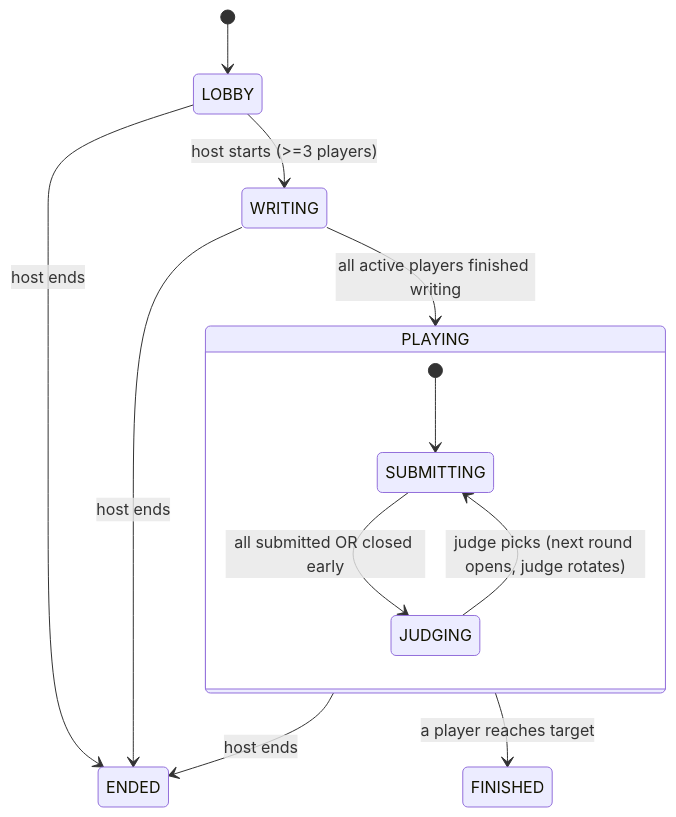
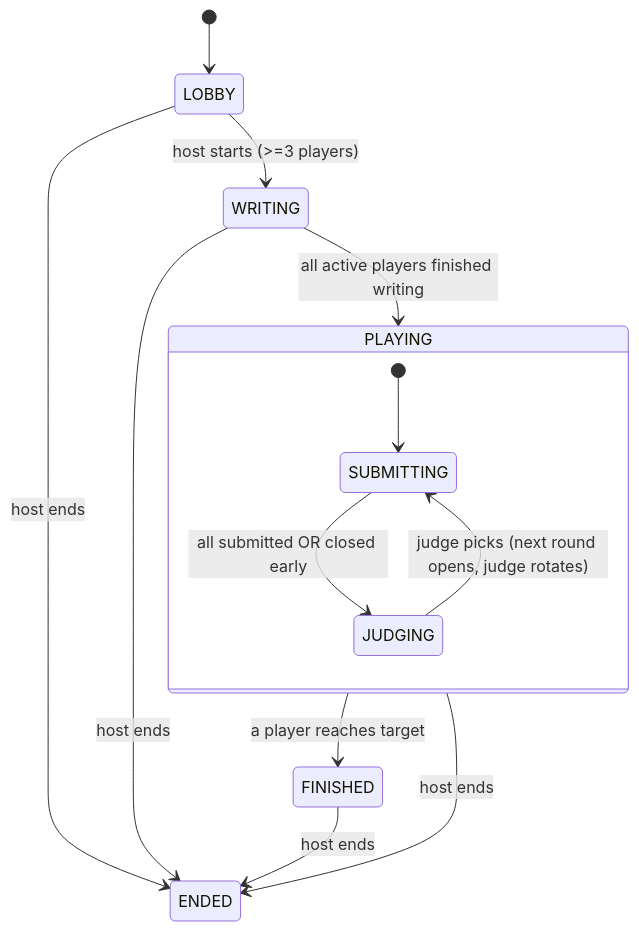
Before and after one commit to sleb/dc: the second of 2 diagrams in docs/high-level-design.md, drawn with Mermaid. The commit also changed other lines of this file and 10 other files, not shown here.

````diff
--- a/docs/high-level-design.md
+++ b/docs/high-level-design.md
@@ -126,15 +138,16 @@
 ```mermaid
 stateDiagram-v2
     [*] --> LOBBY
     LOBBY --> WRITING: host starts (>=3 players)
     WRITING --> PLAYING: all active players finished writing
     state PLAYING {
         [*] --> SUBMITTING
         SUBMITTING --> JUDGING: all submitted OR closed early
         JUDGING --> SUBMITTING: judge picks (next round opens, judge rotates)
     }
     PLAYING --> FINISHED: a player reaches target
     LOBBY --> ENDED: host ends
     WRITING --> ENDED: host ends
     PLAYING --> ENDED: host ends
+    FINISHED --> ENDED: host ends
 ```
````
